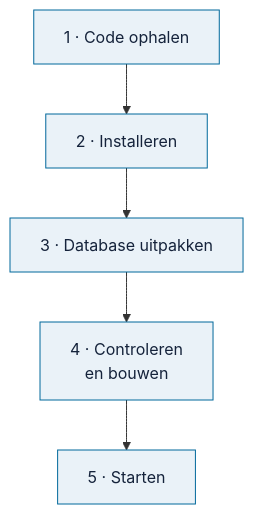
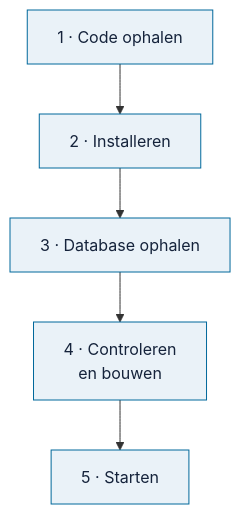
Before and after one commit to Robert-Worm/omnibus: the diagram in docs/gebruiken/installeren.md, drawn with Mermaid. The commit also changed other lines of this file and 7 other files, not shown here.

````diff
--- a/docs/gebruiken/installeren.md
+++ b/docs/gebruiken/installeren.md
@@ -108,5 +108,5 @@
 ```mermaid
 flowchart TD
-    A["1 · Code ophalen"] --> B["2 · Installeren"] --> C["3 · Database uitpakken"] --> D["4 · Controleren<br/>en bouwen"] --> E["5 · Starten"]
+    A["1 · Code ophalen"] --> B["2 · Installeren"] --> C["3 · Database ophalen"] --> D["4 · Controleren<br/>en bouwen"] --> E["5 · Starten"]
     classDef default fill:#eaf2f8,stroke:#01689b,color:#15233b;
 ```
````
